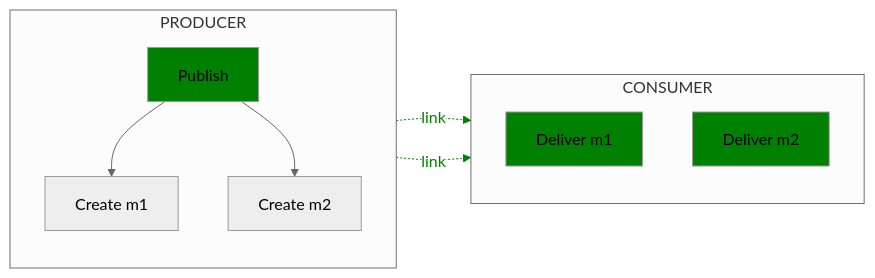
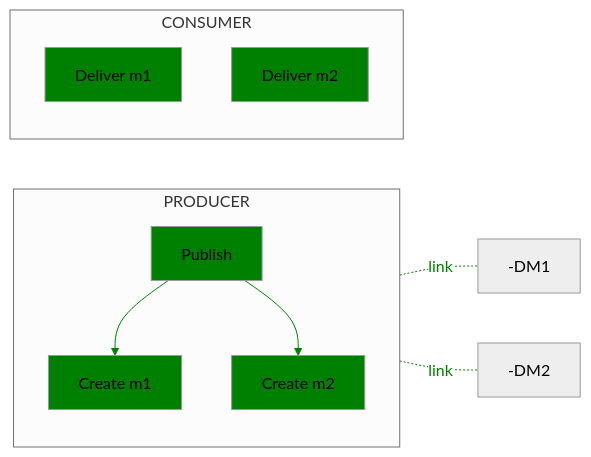
Before and after one commit to open-telemetry/oteps: the fifth of 12 diagrams in text/trace/0220-messaging-semantic-conventions-span-structure.md, drawn with Mermaid (neutral theme). The commit also changed other lines of this file, not shown here.

````diff
--- a/text/trace/0220-messaging-semantic-conventions-span-structure.md
+++ b/text/trace/0220-messaging-semantic-conventions-span-structure.md
@@ -407,19 +408,19 @@
 ```mermaid
 flowchart LR;
   subgraph PRODUCER
   direction TB
   P[Publish]-->C1[Create m1]
   P-->C2[Create m2]
   end
   subgraph CONSUMER
   direction TB
   DM1[Deliver m1]
   DM2[Deliver m2]
   end
-  C1-. link .->DM1;
-  C2-. link .->DM2;
+  C1-. link .--DM1;
+  C2-. link .--DM2;
 
   classDef normal fill:green
-  class P,DM1,DM2 normal
-  linkStyle 2,3 color:green,stroke:green
+  class P,C1,C2,DM1,DM2 normal
+  linkStyle 0,1,2,3 color:green,stroke:green
 ```
````
